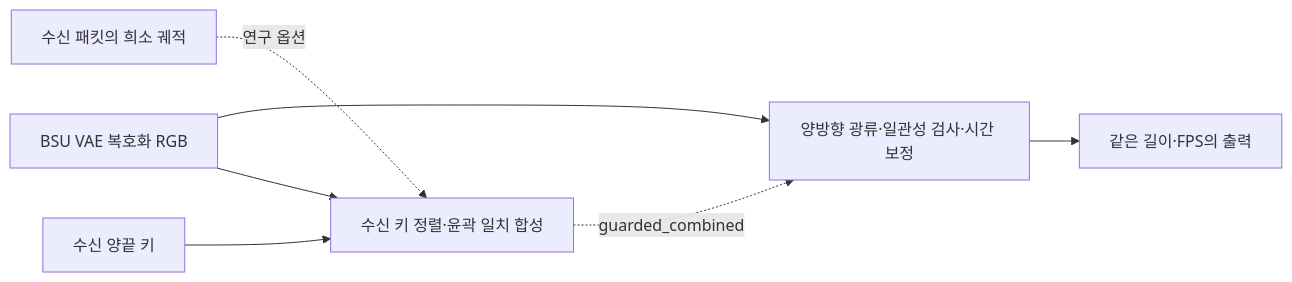
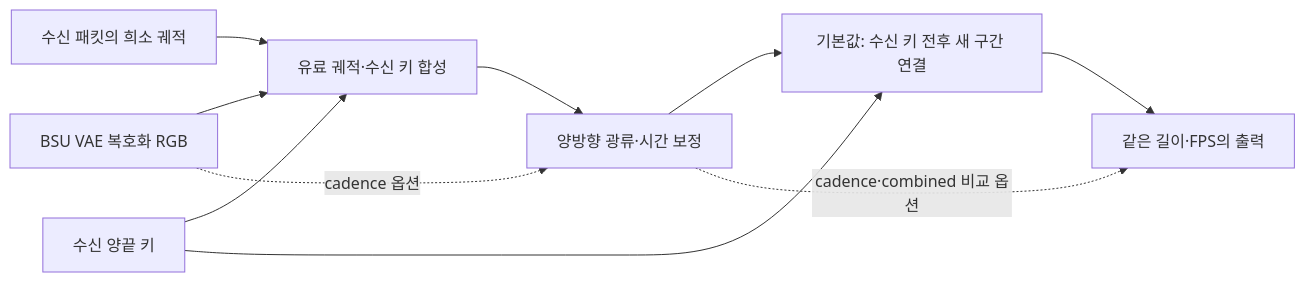
The second of 9 diagrams in docs/MODEL_ARCHITECTURE.md (SangukBae/semantic_transmission), drawn with Mermaid before and after one commit. The commit also changed other lines of this file and 5 other files, not shown here.

````diff
--- a/docs/MODEL_ARCHITECTURE.md
+++ b/docs/MODEL_ARCHITECTURE.md
@@ -63,9 +77,12 @@
 ```mermaid
 flowchart LR
-    B[BSU VAE 복호화 RGB] --> C[양방향 광류·일관성 검사·시간 보정]
-    C --> O[같은 길이·FPS의 출력]
-    P[수신 패킷의 희소 궤적] -. 연구 옵션 .-> W[수신 키 정렬·윤곽 일치 합성]
+    B[BSU VAE 복호화 RGB] --> W[유료 궤적·수신 키 합성]
+    W --> C[양방향 광류·시간 보정]
+    C --> KX[기본값: 수신 키 전후 새 구간 연결]
+    KX --> O[같은 길이·FPS의 출력]
+    C -. cadence·combined 비교 옵션 .-> O
+    P[수신 패킷의 희소 궤적] --> W
     K[수신 양끝 키] --> W
-    B --> W
-    W -. guarded_combined .-> C
+    K --> KX
+    B -. cadence 옵션 .-> C
 ```
````
